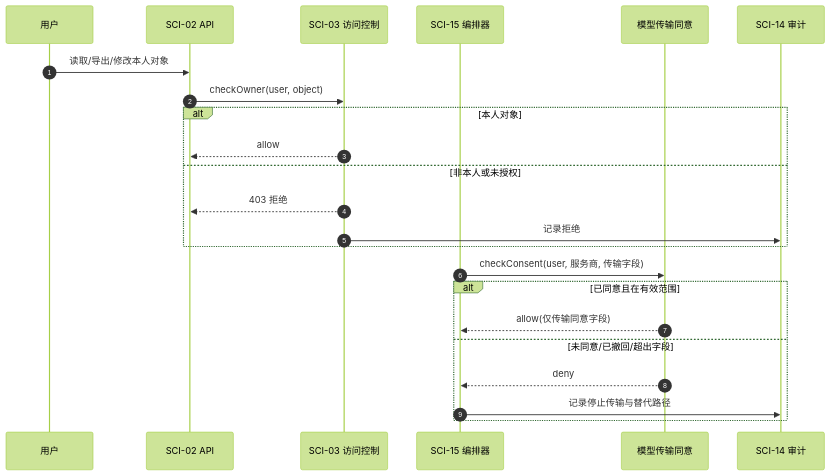
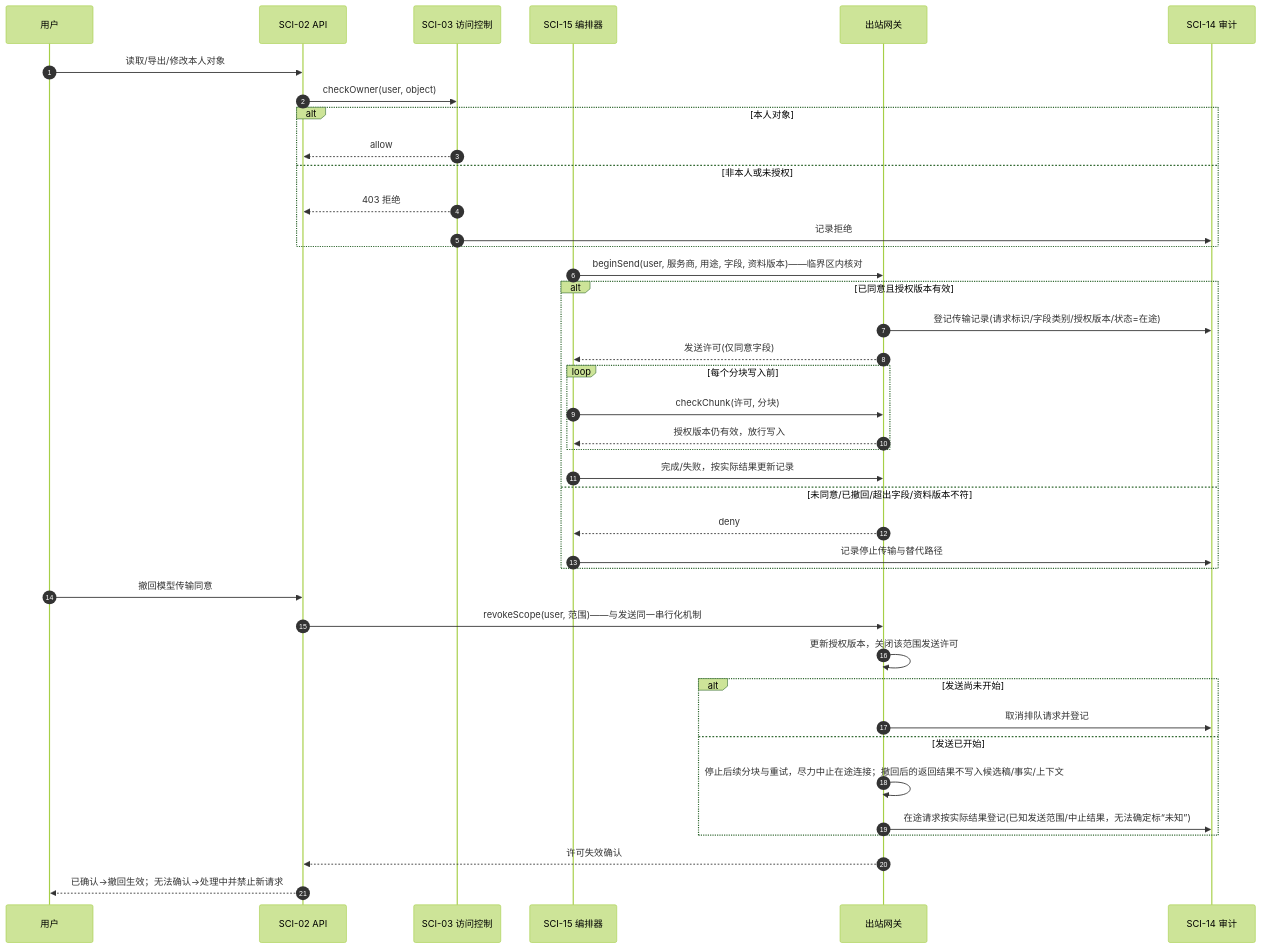
One commit to LotteryCamp/OfferPilot changed diagram 18 of 23 in docs/design/system-design/offerpilot-system-design.md. Above: the diagram before and after it, drawn with Mermaid (forest theme). The commit also changed other lines of this file and 1 other file, not shown here.

````diff
--- a/docs/design/system-design/offerpilot-system-design.md
+++ b/docs/design/system-design/offerpilot-system-design.md
@@ -1476,25 +1496,42 @@
 ```mermaid
 sequenceDiagram
     autonumber
     participant USR as 用户
     participant API as SCI-02 API
     participant AU as SCI-03 访问控制
     participant AG as SCI-15 编排器
-    participant CG as 模型传输同意
+    participant GW as 出站网关
     participant AUD as SCI-14 审计
     USR->>API: 读取/导出/修改本人对象
     API->>AU: checkOwner(user, object)
     alt 本人对象
         AU-->>API: allow
     else 非本人或未授权
         AU-->>API: 403 拒绝
         AU->>AUD: 记录拒绝
     end
-    AG->>CG: checkConsent(user, 服务商, 传输字段)
-    alt 已同意且在有效范围
-        CG-->>AG: allow(仅传输同意字段)
-    else 未同意/已撤回/超出字段
-        CG-->>AG: deny
+    AG->>GW: beginSend(user, 服务商, 用途, 字段, 资料版本)——临界区内核对
+    alt 已同意且授权版本有效
+        GW->>AUD: 登记传输记录(请求标识/字段类别/授权版本/状态=在途)
+        GW-->>AG: 发送许可(仅同意字段)
+        loop 每个分块写入前
+            AG->>GW: checkChunk(许可, 分块)
+            GW-->>AG: 授权版本仍有效，放行写入
+        end
+        AG->>GW: 完成/失败，按实际结果更新记录
+    else 未同意/已撤回/超出字段/资料版本不符
+        GW-->>AG: deny
         AG->>AUD: 记录停止传输与替代路径
     end
+    USR->>API: 撤回模型传输同意
+    API->>GW: revokeScope(user, 范围)——与发送同一串行化机制
+    GW->>GW: 更新授权版本，关闭该范围发送许可
+    alt 发送尚未开始
+        GW->>AUD: 取消排队请求并登记
+    else 发送已开始
+        GW->>GW: 停止后续分块与重试，尽力中止在途连接；撤回后的返回结果不写入候选稿/事实/上下文
+        GW->>AUD: 在途请求按实际结果登记(已知发送范围/中止结果，无法确定标“未知”)
+    end
+    GW-->>API: 许可失效确认
+    API-->>USR: 已确认→撤回生效；无法确认→处理中并禁止新请求
 ```
````
